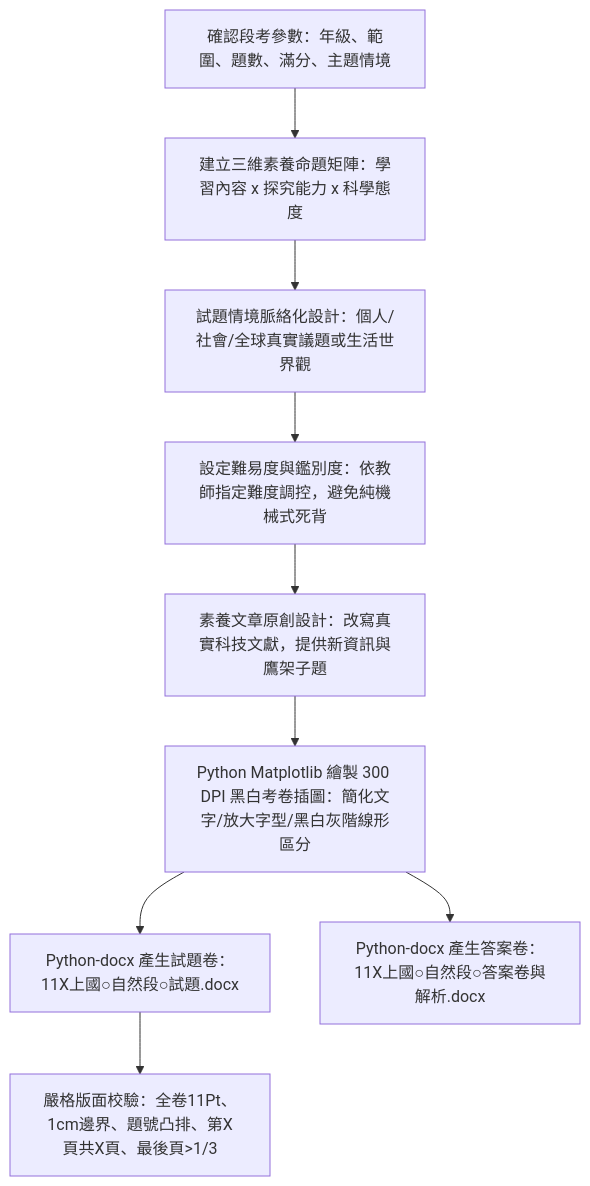
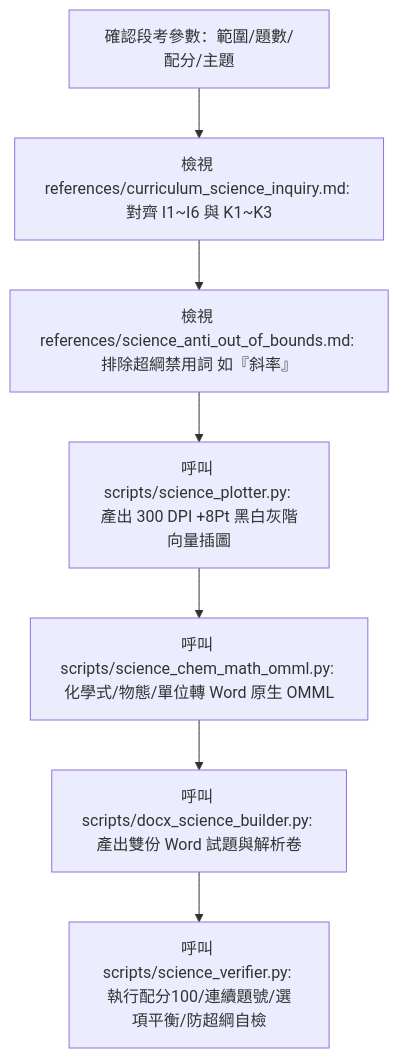
Before and after one commit to geniefu/jhsh-science-exam-generator: the diagram in SKILL.md, drawn with Mermaid. The commit also changed other lines of this file and 12 other files, not shown here.

Commit message:
feat: upgrade to modular architecture with scripts, references, and OMML support

````diff
--- a/SKILL.md
+++ b/SKILL.md
@@ -37,11 +37,9 @@
 ```mermaid
 flowchart TD
-    A[確認段考參數：年級、範圍、題數、滿分、主題情境] --> B[建立三維素養命題矩陣：學習內容 x 探究能力 x 科學態度]
-    B --> C[試題情境脈絡化設計：個人/社會/全球真實議題或生活世界觀]
-    C --> D[設定難易度與鑑別度：依教師指定難度調控，避免純機械式死背]
-    D --> E[素養文章原創設計：改寫真實科技文獻，提供新資訊與鷹架子題]
-    E --> F[Python Matplotlib 繪製 300 DPI 黑白考卷插圖：簡化文字/放大字型/黑白灰階線形區分]
-    F --> G[Python-docx 產生試題卷：11X上國○自然段○試題.docx]
-    F --> H[Python-docx 產生答案卷：11X上國○自然段○答案卷與解析.docx]
-    G --> I[嚴格版面校驗：全卷11Pt、1cm邊界、題號凸排、第X頁共X頁、最後頁>1/3]
+    A[確認段考參數：範圍/題數/配分/主題] --> B[檢視 references/curriculum_science_inquiry.md: 對齊 I1~I6 與 K1~K3]
+    B --> C[檢視 references/science_anti_out_of_bounds.md: 排除超綱禁用詞 如『斜率』]
+    C --> D[呼叫 scripts/science_plotter.py: 產出 300 DPI +8Pt 黑白灰階向量插圖]
+    D --> E[呼叫 scripts/science_chem_math_omml.py: 化學式/物態/單位轉 Word 原生 OMML]
+    E --> F[呼叫 scripts/docx_science_builder.py: 產出雙份 Word 試題與解析卷]
+    F --> G[呼叫 scripts/science_verifier.py: 執行配分100/連續題號/選項平衡/防超綱自檢]
 ```
````
